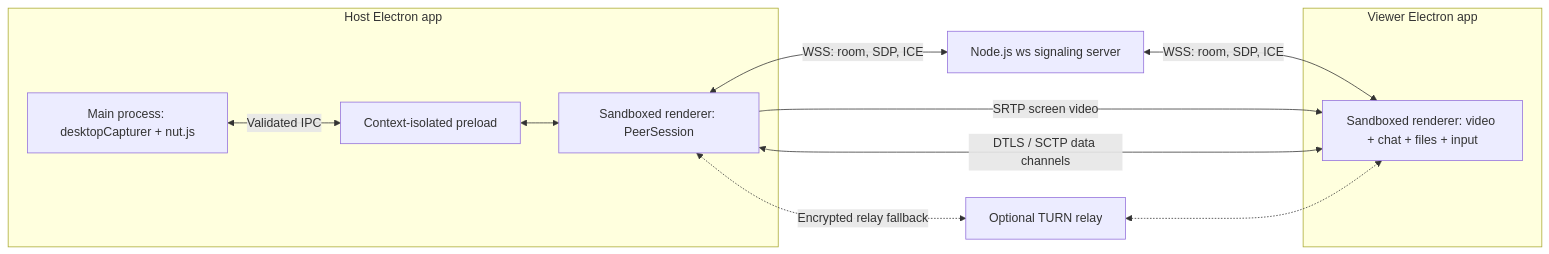
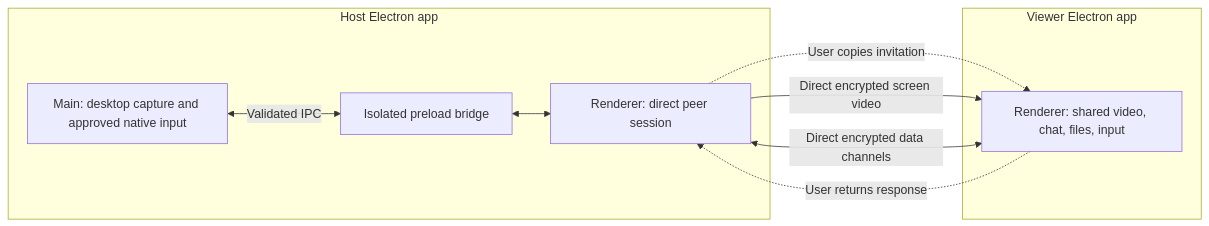
One commit to sureshmagix/WiiUltraConnect changed the first of 2 diagrams in docs/ARCHITECTURE.md. Above: the diagram before and after it, drawn with Mermaid. The commit also changed other lines of this file and 23 other files, not shown here.

````diff
--- a/docs/ARCHITECTURE.md
+++ b/docs/ARCHITECTURE.md
@@ -5,21 +5,17 @@
 ```mermaid
 flowchart LR
   subgraph H[Host Electron app]
-    HM[Main process: desktopCapturer + nut.js]
-    HP[Context-isolated preload]
-    HR[Sandboxed renderer: PeerSession]
+    HM[Main: desktop capture and approved native input]
+    HP[Isolated preload bridge]
+    HR[Renderer: direct peer session]
     HM <-->|Validated IPC| HP
     HP <--> HR
   end
   subgraph V[Viewer Electron app]
-    VR[Sandboxed renderer: video + chat + files + input]
+    VR[Renderer: shared video, chat, files, input]
   end
-  S[Node.js ws signaling server]
-  T[Optional TURN relay]
-  HR <-->|WSS: room, SDP, ICE| S
-  S <-->|WSS: room, SDP, ICE| VR
-  HR -->|SRTP screen video| VR
-  HR <-->|DTLS / SCTP data channels| VR
-  HR <-.->|Encrypted relay fallback| T
-  T <-.-> VR
+  HR -.->|User copies invitation| VR
+  VR -.->|User returns response| HR
+  HR -->|Direct encrypted screen video| VR
+  HR <-->|Direct encrypted data channels| VR
 ```
````
